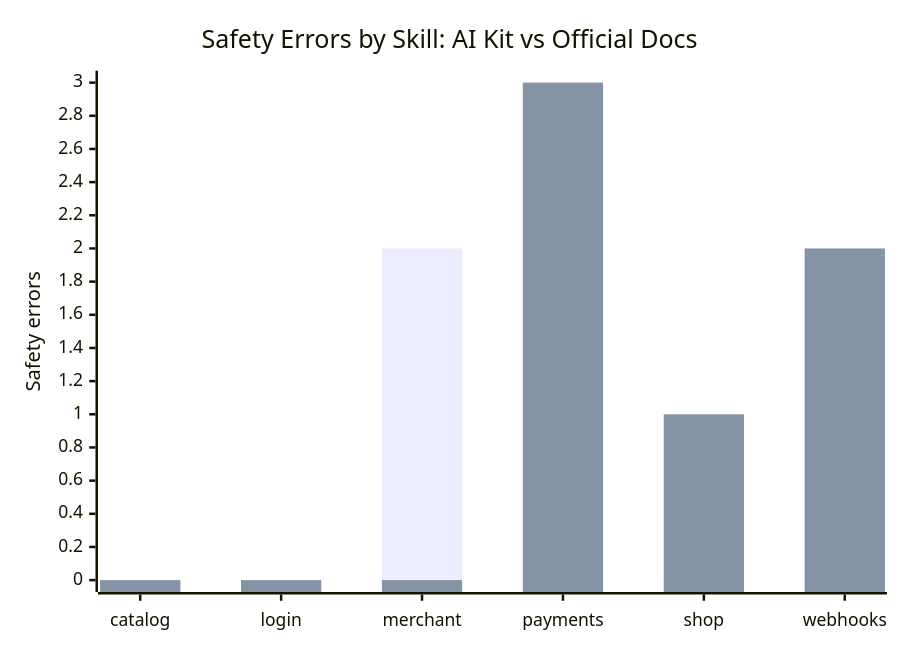
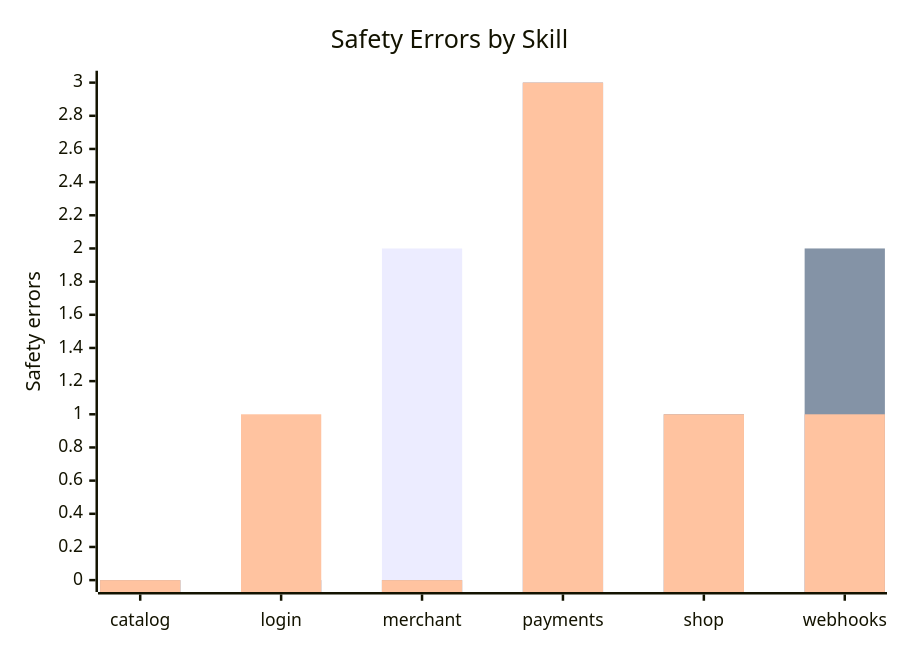
Before and after one commit to apyanzin-xsolla/ai-kit-eval-dashboard: the second of 3 diagrams in README.md, drawn with Mermaid. The commit also changed other lines of this file and 1 other file, not shown here.

````diff
--- a/README.md
+++ b/README.md
@@ -88,8 +92,9 @@
 ```mermaid
 xychart-beta
-    title "Safety Errors by Skill: AI Kit vs Official Docs"
+    title "Safety Errors by Skill"
     x-axis ["catalog", "login", "merchant", "payments", "shop", "webhooks"]
     y-axis "Safety errors" 0 --> 3
     bar [0, 0, 2, 3, 0, 1]
     bar [0, 0, 0, 3, 1, 2]
+    bar [0, 1, 0, 3, 1, 1]
 ```
````
